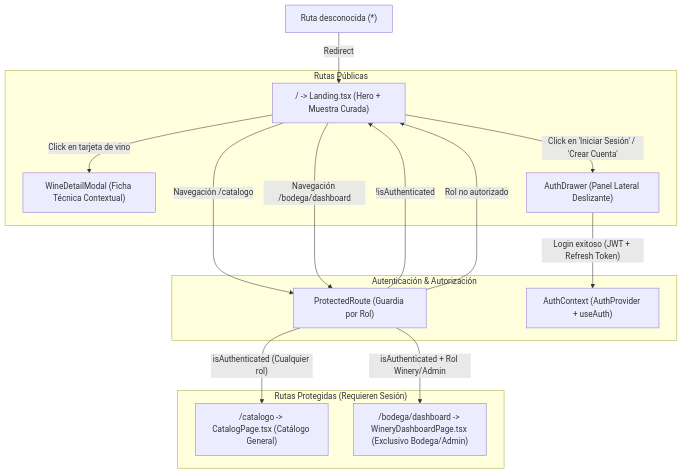
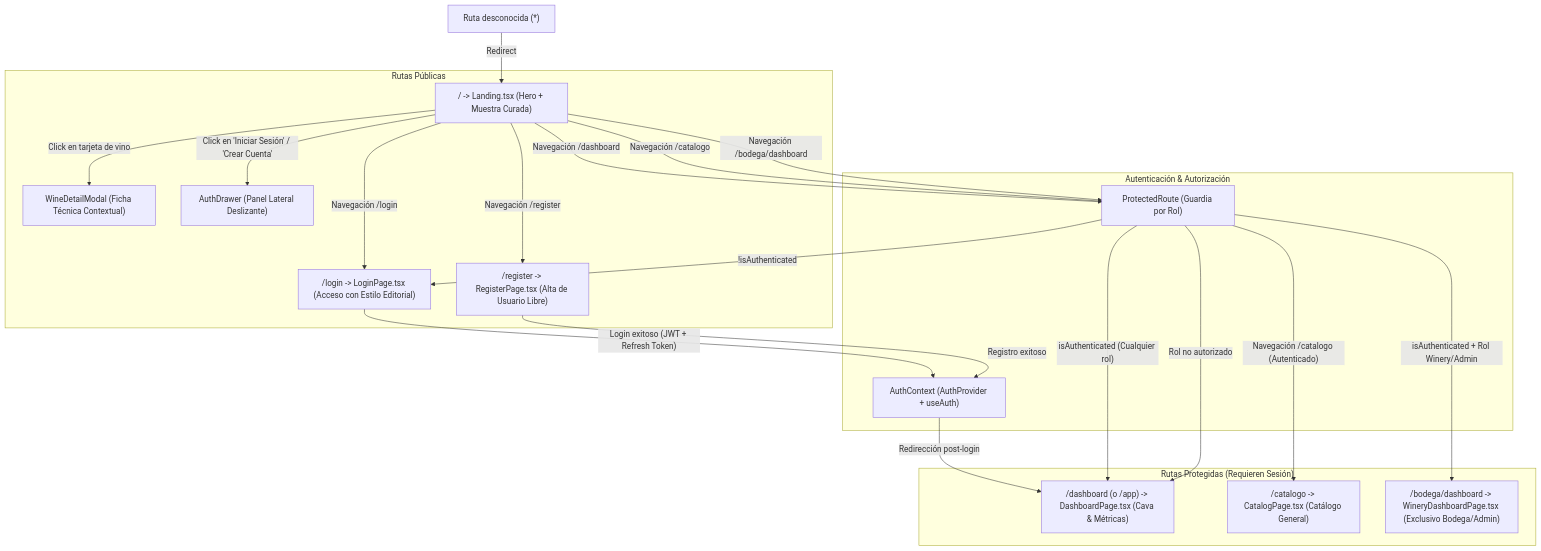
One commit to NehuenCacabelos/AyVino changed the diagram in docs/frontend/navigation-flow.md. Above: the diagram before and after it, drawn with Mermaid. The commit also changed other lines of this file and 28 other files, not shown here.

````diff
--- a/docs/frontend/navigation-flow.md
+++ b/docs/frontend/navigation-flow.md
@@ -9,32 +9,41 @@
 ```mermaid
 flowchart TD
     subgraph PublicRoutes["Rutas Públicas"]
         Landing["/ -> Landing.tsx (Hero + Muestra Curada)"]
+        Login["/login -> LoginPage.tsx (Acceso con Estilo Editorial)"]
+        Register["/register -> RegisterPage.tsx (Alta de Usuario Libre)"]
         DetailModal["WineDetailModal (Ficha Técnica Contextual)"]
         AuthDrawer["AuthDrawer (Panel Lateral Deslizante)"]
     end
 
     subgraph AuthPipeline["Autenticación & Autorización"]
         Guard["ProtectedRoute (Guardia por Rol)"]
         AuthContext["AuthContext (AuthProvider + useAuth)"]
     end
 
     subgraph ProtectedRoutes["Rutas Protegidas (Requieren Sesión)"]
+        Dashboard["/dashboard (o /app) -> DashboardPage.tsx (Cava & Métricas)"]
         Catalog["/catalogo -> CatalogPage.tsx (Catálogo General)"]
         WineryDash["/bodega/dashboard -> WineryDashboardPage.tsx (Exclusivo Bodega/Admin)"]
     end
 
     Landing -->|"Click en tarjeta de vino"| DetailModal
     Landing -->|"Click en 'Iniciar Sesión' / 'Crear Cuenta'"| AuthDrawer
-    AuthDrawer -->|"Login exitoso (JWT + Refresh Token)"| AuthContext
+    Landing -->|"Navegación /login"| Login
+    Landing -->|"Navegación /register"| Register
+    Login -->|"Login exitoso (JWT + Refresh Token)"| AuthContext
+    Register -->|"Registro exitoso"| AuthContext
+    AuthContext -->|"Redirección post-login"| Dashboard
 
+    Landing -->|"Navegación /dashboard"| Guard
     Landing -->|"Navegación /catalogo"| Guard
     Landing -->|"Navegación /bodega/dashboard"| Guard
 
-    Guard -->|"!isAuthenticated"| Landing
-    Guard -->|"isAuthenticated (Cualquier rol)"| Catalog
+    Guard -->|"!isAuthenticated"| Login
+    Guard -->|"isAuthenticated (Cualquier rol)"| Dashboard
+    Guard -->|"Navegación /catalogo (Autenticado)"| Catalog
     Guard -->|"isAuthenticated + Rol Winery/Admin"| WineryDash
-    Guard -->|"Rol no autorizado"| Landing
+    Guard -->|"Rol no autorizado"| Dashboard
 
     Fallback["Ruta desconocida (*)"] -->|"Redirect"| Landing
 ```
````
